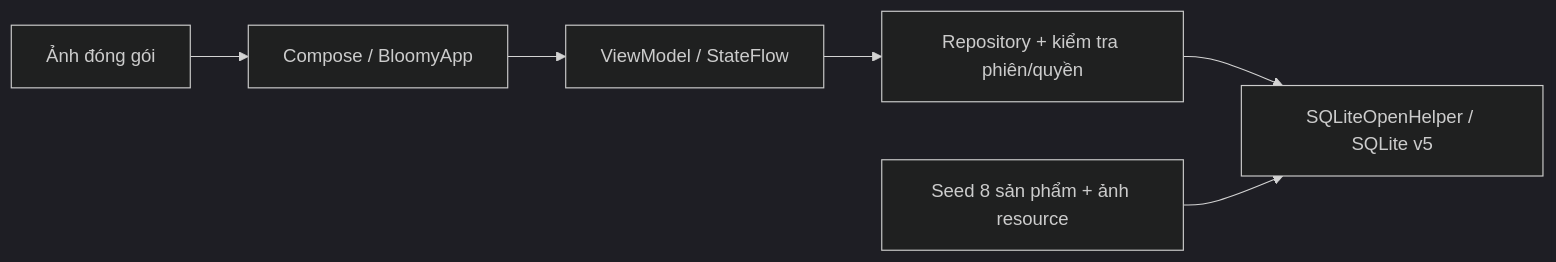
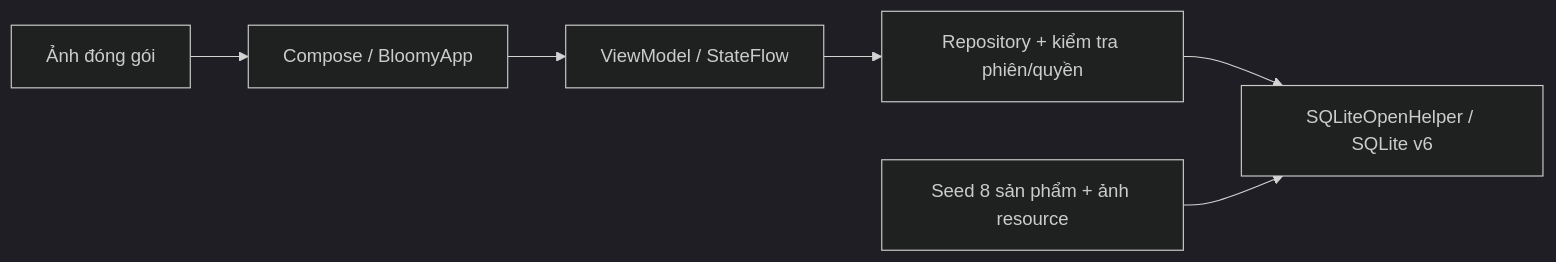
Before and after one commit to tdn1997/bloomy-beauty: the second of 6 diagrams in docs/bao-cao/so-do.md, drawn with Mermaid (dark theme). The commit also changed other lines of this file and 97 other files, not shown here.

````diff
--- a/docs/bao-cao/so-do.md
+++ b/docs/bao-cao/so-do.md
@@ -25,8 +26,8 @@
 ```mermaid
 flowchart LR
     UI[Compose / BloomyApp] --> VM[ViewModel / StateFlow]
     VM --> Repo[Repository + kiểm tra phiên/quyền]
-    Repo --> DB[SQLiteOpenHelper / SQLite v5]
+    Repo --> DB[SQLiteOpenHelper / SQLite v6]
     Seed[Seed 8 sản phẩm + ảnh resource] --> DB
     Resource[Ảnh đóng gói] --> UI
 ```
````
